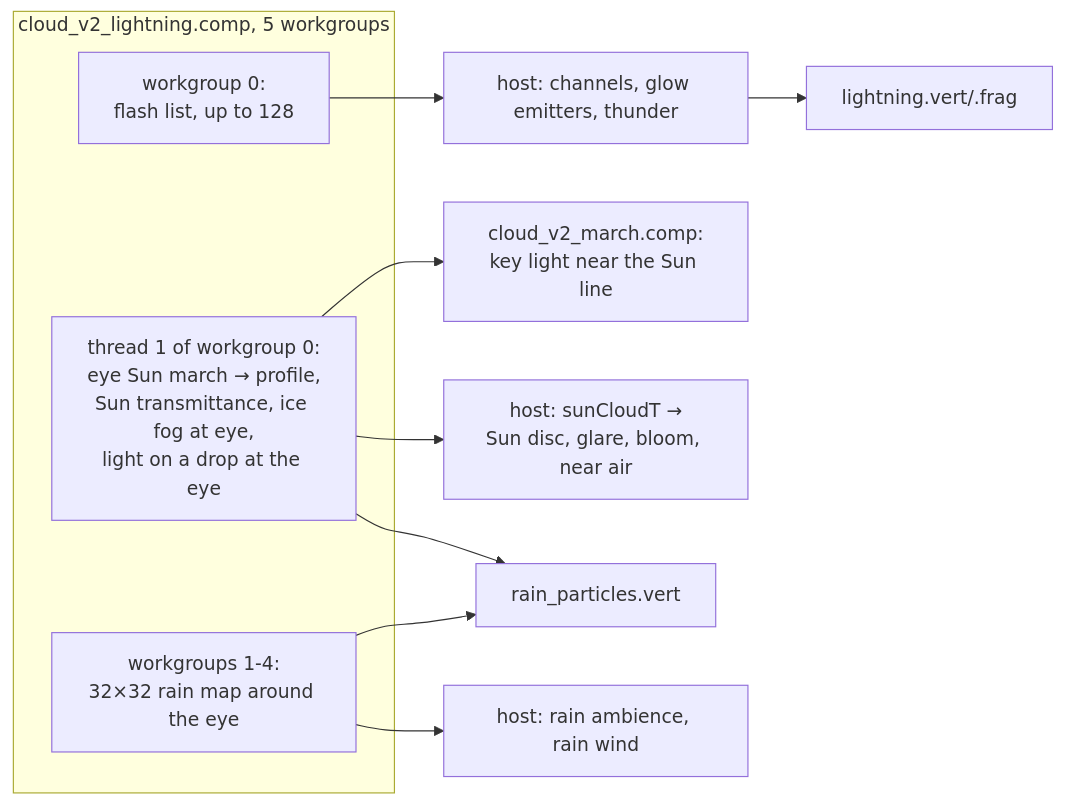
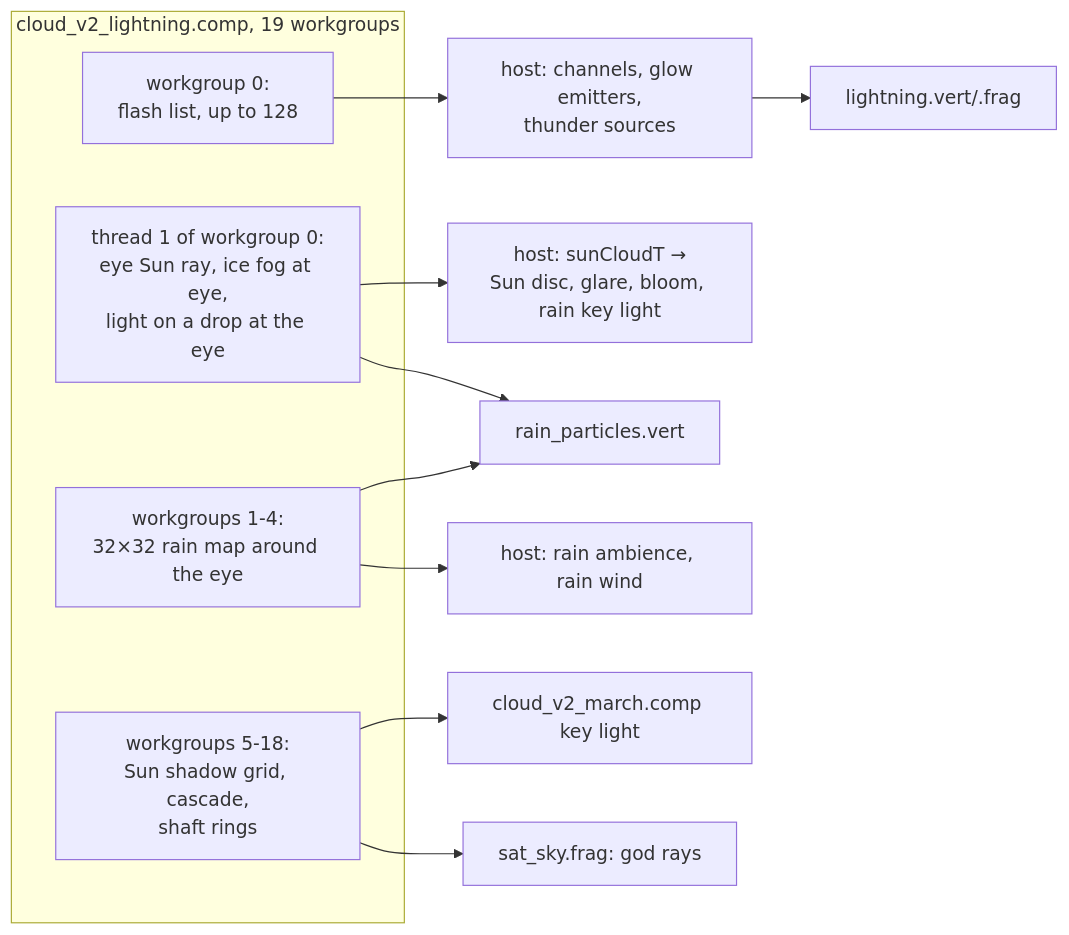
One commit to largepizza/SAT_LIGHT_SIM changed the first of 2 diagrams in wiki/rendering/clouds/weather.md. Above: the diagram before and after it, drawn with Mermaid. The commit also changed other lines of this file and 104 other files, not shown here.

````diff
--- a/wiki/rendering/clouds/weather.md
+++ b/wiki/rendering/clouds/weather.md
@@ -12,15 +13,17 @@
 ```mermaid
 flowchart LR
-  subgraph LP[cloud_v2_lightning.comp, 5 workgroups]
+  subgraph LP[cloud_v2_lightning.comp, 19 workgroups]
     W0[workgroup 0:<br/>flash list, up to 128]
-    T1[thread 1 of workgroup 0:<br/>eye Sun march → profile,<br/>Sun transmittance, ice fog at eye,<br/>light on a drop at the eye]
+    T1[thread 1 of workgroup 0:<br/>eye Sun ray, ice fog at eye,<br/>light on a drop at the eye]
     W14[workgroups 1-4:<br/>32×32 rain map around the eye]
+    WS[workgroups 5-18:<br/>Sun shadow grid, cascade,<br/>shaft rings]
   end
-  W0 --> HB[host: channels, glow emitters, thunder]
+  W0 --> HB[host: channels, glow emitters,<br/>thunder sources]
   HB --> LD[lightning.vert/.frag]
-  T1 --> MA[cloud_v2_march.comp:<br/>key light near the Sun line]
-  T1 --> SC[host: sunCloudT →<br/>Sun disc, glare, bloom, near air]
+  T1 --> SC[host: sunCloudT →<br/>Sun disc, glare, bloom, rain key light]
   T1 --> DR[rain_particles.vert]
   W14 --> DR
   W14 --> RA[host: rain ambience, rain wind]
+  WS --> MA[cloud_v2_march.comp key light]
+  WS --> SK[sat_sky.frag: god rays]
 ```
````
